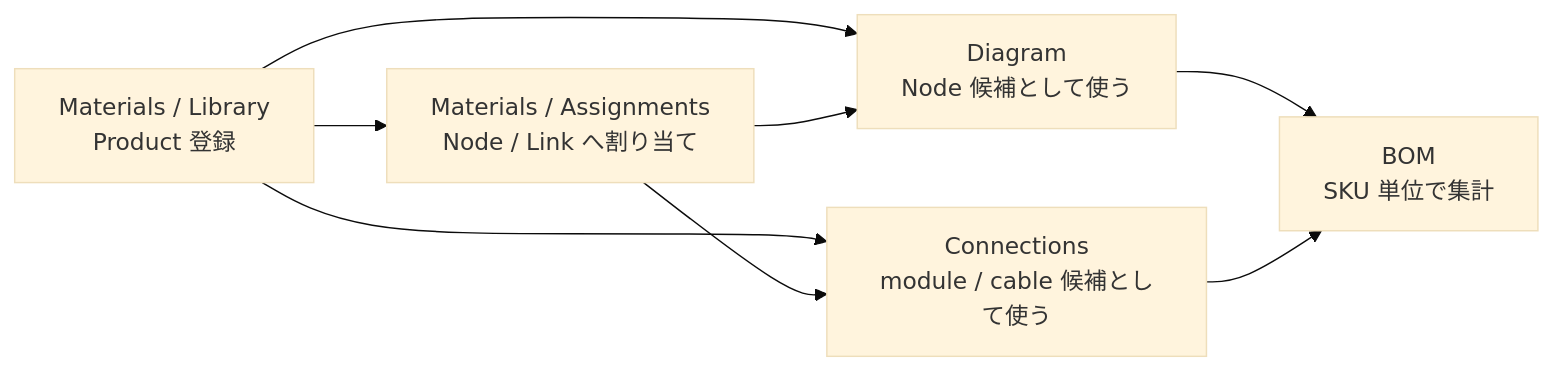
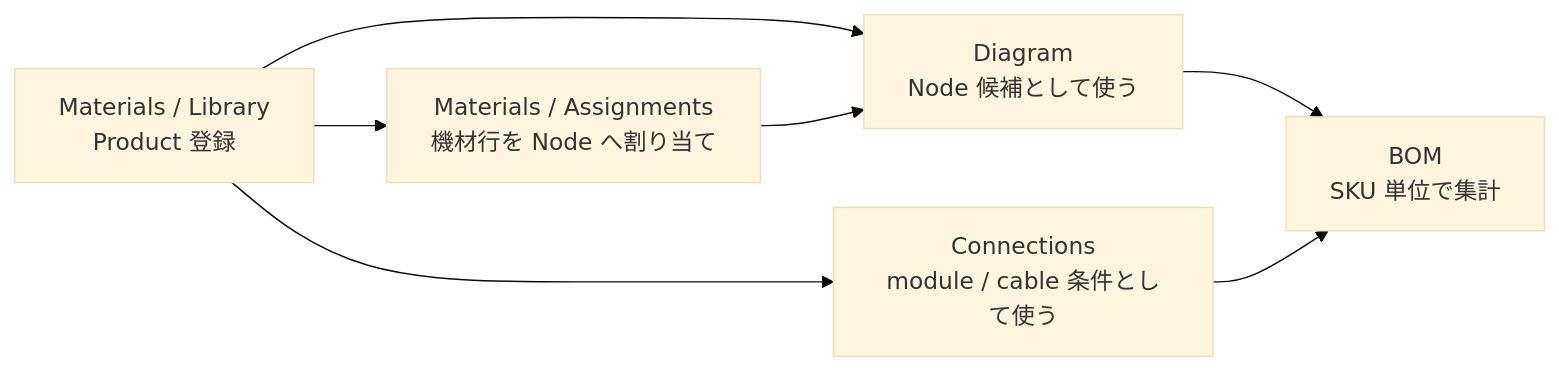
The fourth of 11 diagrams in apps/editor/docs/project-workflow-model.md (konoe-akitoshi/shumoku), drawn with Mermaid (base theme) before and after one commit. The commit also changed other lines of this file and 1 other file, not shown here.

Commit message:
feat(editor): focus materials assignments on devices

````diff
--- a/apps/editor/docs/project-workflow-model.md
+++ b/apps/editor/docs/project-workflow-model.md
@@ -103,16 +103,15 @@
 ```mermaid
 flowchart LR
   M[Materials / Library<br/>Product 登録]
-  A[Materials / Assignments<br/>Node / Link へ割り当て]
+  A[Materials / Assignments<br/>機材行を Node へ割り当て]
   D[Diagram<br/>Node 候補として使う]
-  C[Connections<br/>module / cable 候補として使う]
+  C[Connections<br/>module / cable 条件として使う]
   B[BOM<br/>SKU 単位で集計]
 
   M --> A
   M --> D
   M --> C
   A --> D
-  A --> C
   D --> B
   C --> B
 ```
````
